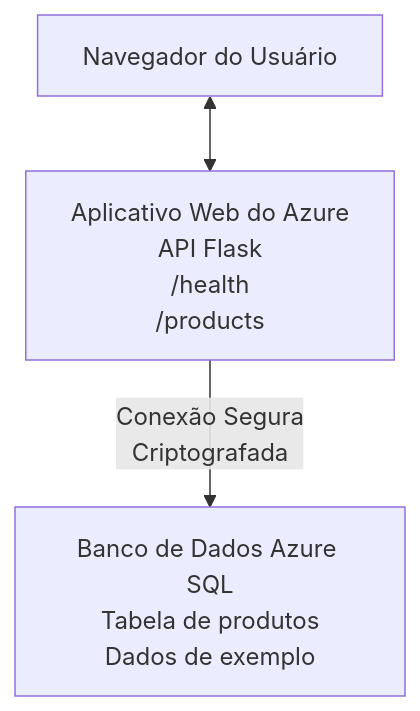
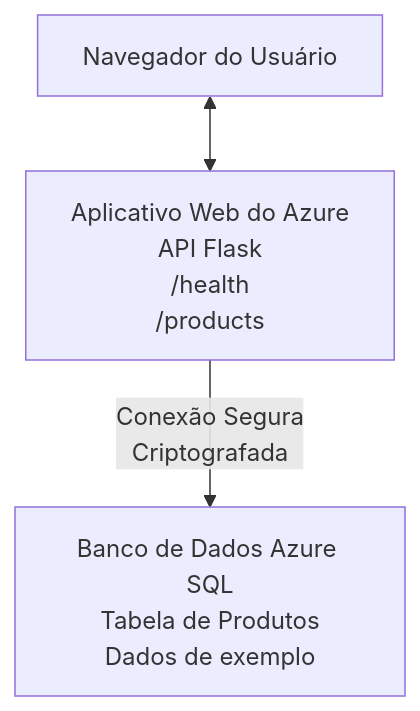
The diagram in translations/pt-BR/examples/database-app/README.md (microsoft/AZD-for-beginners), drawn with Mermaid before and after one commit. The commit also changed other lines of this file and 101 other files, not shown here.

````diff
--- a/translations/pt-BR/examples/database-app/README.md
+++ b/translations/pt-BR/examples/database-app/README.md
@@ -72,5 +72,5 @@
 ```mermaid
 graph TD
     Browser[Navegador do Usuário] <--> WebApp[Aplicativo Web do Azure<br/>API Flask<br/>/health<br/>/products]
-    WebApp -- Conexão Segura<br/>Criptografada --> SQL[Banco de Dados Azure SQL<br/>Tabela de produtos<br/>Dados de exemplo]
+    WebApp -- Conexão Segura<br/>Criptografada --> SQL[Banco de Dados Azure SQL<br/>Tabela de Produtos<br/>Dados de exemplo]
 ```
````
